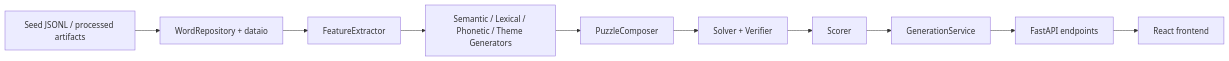
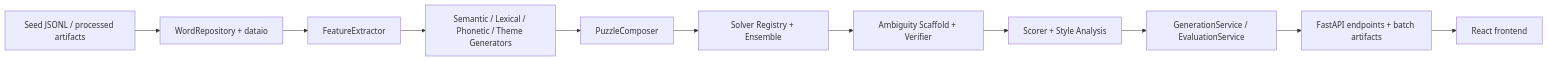
One commit to Jemappellecarrie/ProbFinalProj changed the diagram in docs/architecture.md. Above: the diagram before and after it, drawn with Mermaid. The commit also changed other lines of this file and 65 other files, not shown here.

````diff
--- a/docs/architecture.md
+++ b/docs/architecture.md
@@ -44,12 +45,13 @@
 ```mermaid
 flowchart LR
     A["Seed JSONL / processed artifacts"] --> B["WordRepository + dataio"]
     B --> C["FeatureExtractor"]
     C --> D["Semantic / Lexical / Phonetic / Theme Generators"]
     D --> E["PuzzleComposer"]
-    E --> F["Solver + Verifier"]
-    F --> G["Scorer"]
-    G --> H["GenerationService"]
-    H --> I["FastAPI endpoints"]
-    I --> J["React frontend"]
+    E --> F["Solver Registry + Ensemble"]
+    F --> G["Ambiguity Scaffold + Verifier"]
+    G --> H["Scorer + Style Analysis"]
+    H --> I["GenerationService / EvaluationService"]
+    I --> J["FastAPI endpoints + batch artifacts"]
+    J --> K["React frontend"]
 ```
````
